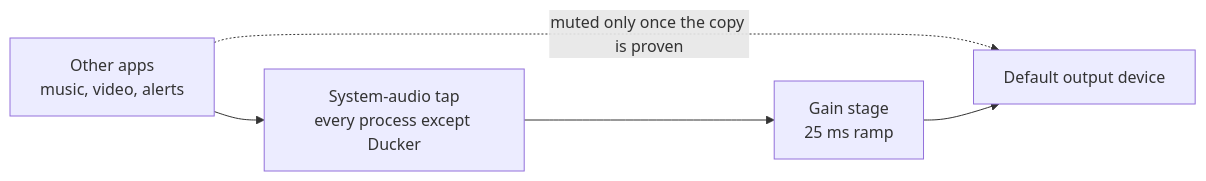
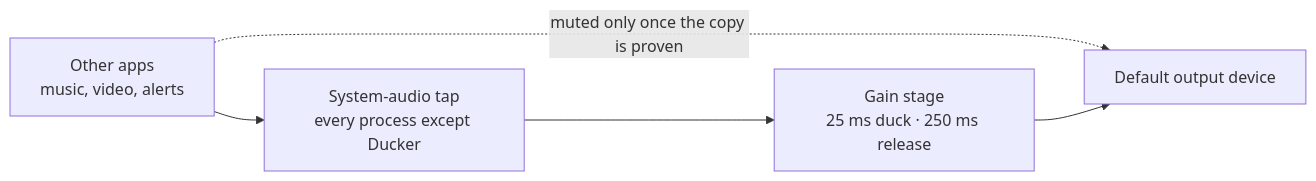
The diagram in README.md (benceruleanlu/codex-ducker), drawn with Mermaid before and after one commit. The commit also changed other lines of this file and 3 other files, not shown here.

````diff
--- a/README.md
+++ b/README.md
@@ -88,10 +88,10 @@
 ```mermaid
 flowchart LR
     apps["Other apps<br/>music, video, alerts"]
     tap["System-audio tap<br/>every process except Ducker"]
-    gain["Gain stage<br/>25 ms ramp"]
+    gain["Gain stage<br/>25 ms duck · 250 ms release"]
     out["Default output device"]
 
     apps -.->|muted only once the copy is proven| out
     apps --> tap --> gain --> out
 ```
````
